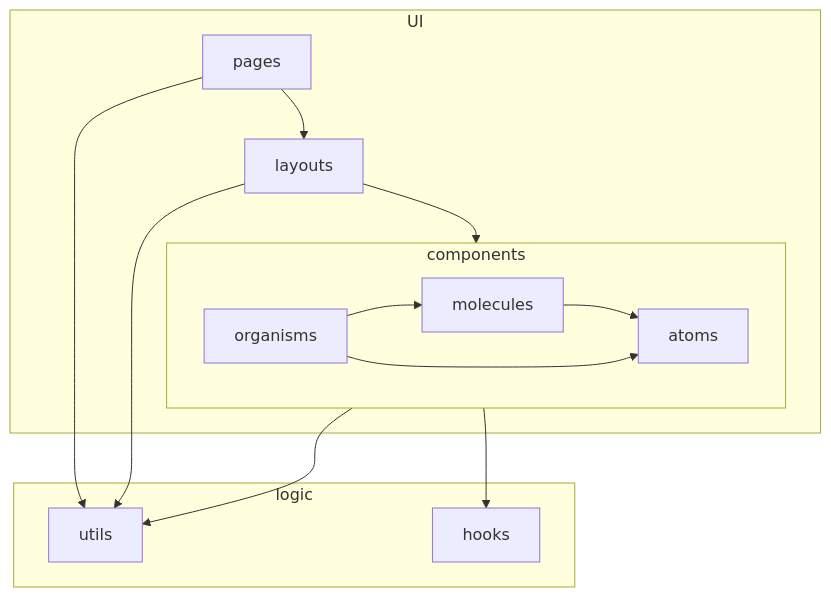
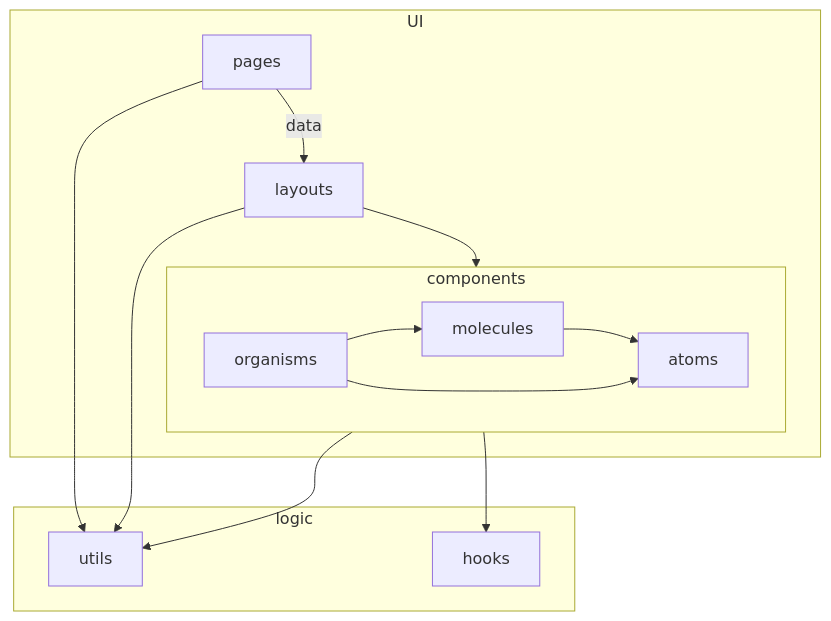
The first of 2 diagrams in docs/architecture.md (TheJiahao/TheJiahao.github.io), drawn with Mermaid before and after one commit.

Commit message:
docs: 📚️ Add data flow

````diff
--- a/docs/architecture.md
+++ b/docs/architecture.md
@@ -16,28 +16,28 @@
 ```mermaid
 graph TB
-pages --> layouts
+pages -->|data| layouts
 pages --> utils
 
 layouts --> components
 layouts --> utils
 
 components --> utils
 components --> hooks
 
 subgraph UI
 pages
 layouts
 components
 end
 
 subgraph components
     molecules --> atoms
     organisms --> molecules
     organisms --> atoms
 end
 
 subgraph logic
     utils
     hooks
 end
 ```
````
